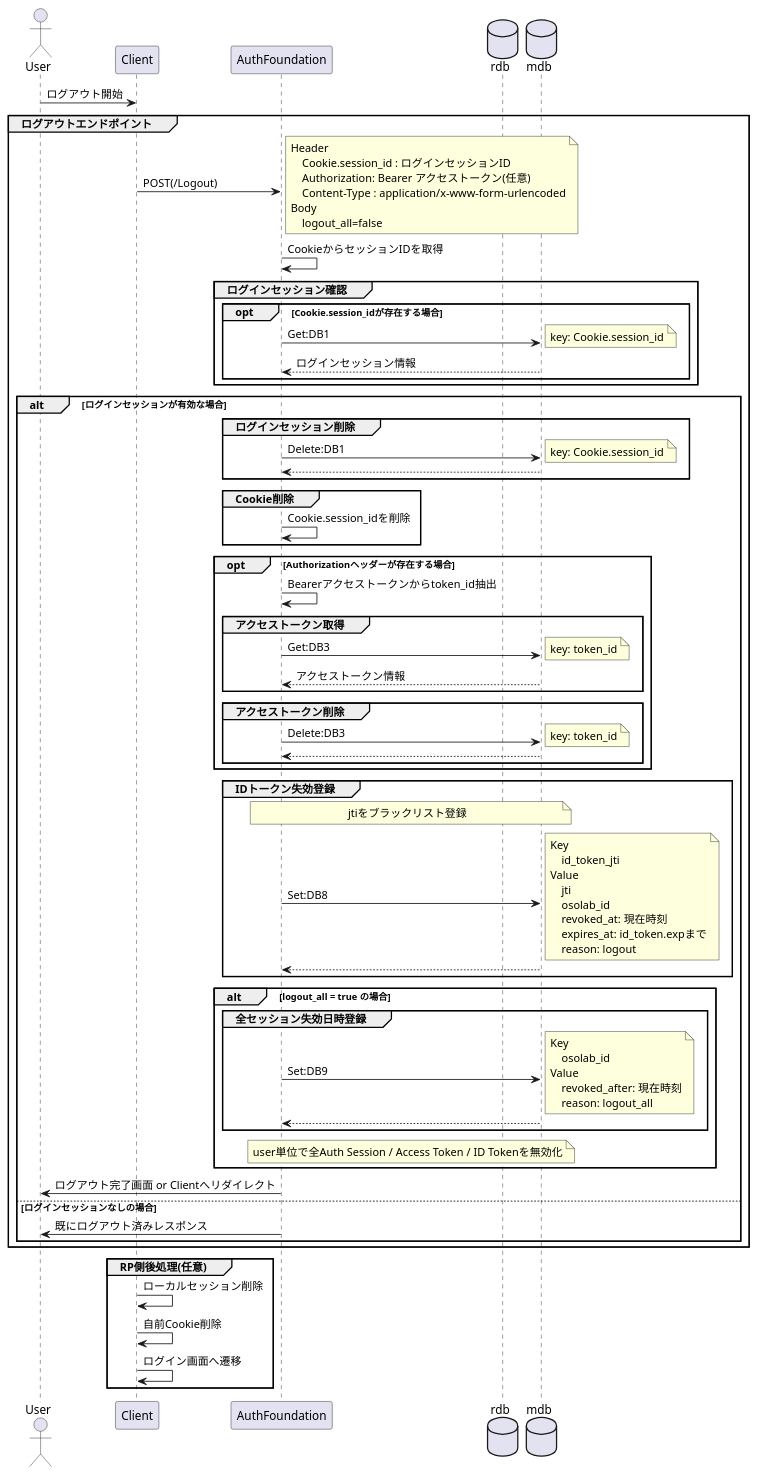
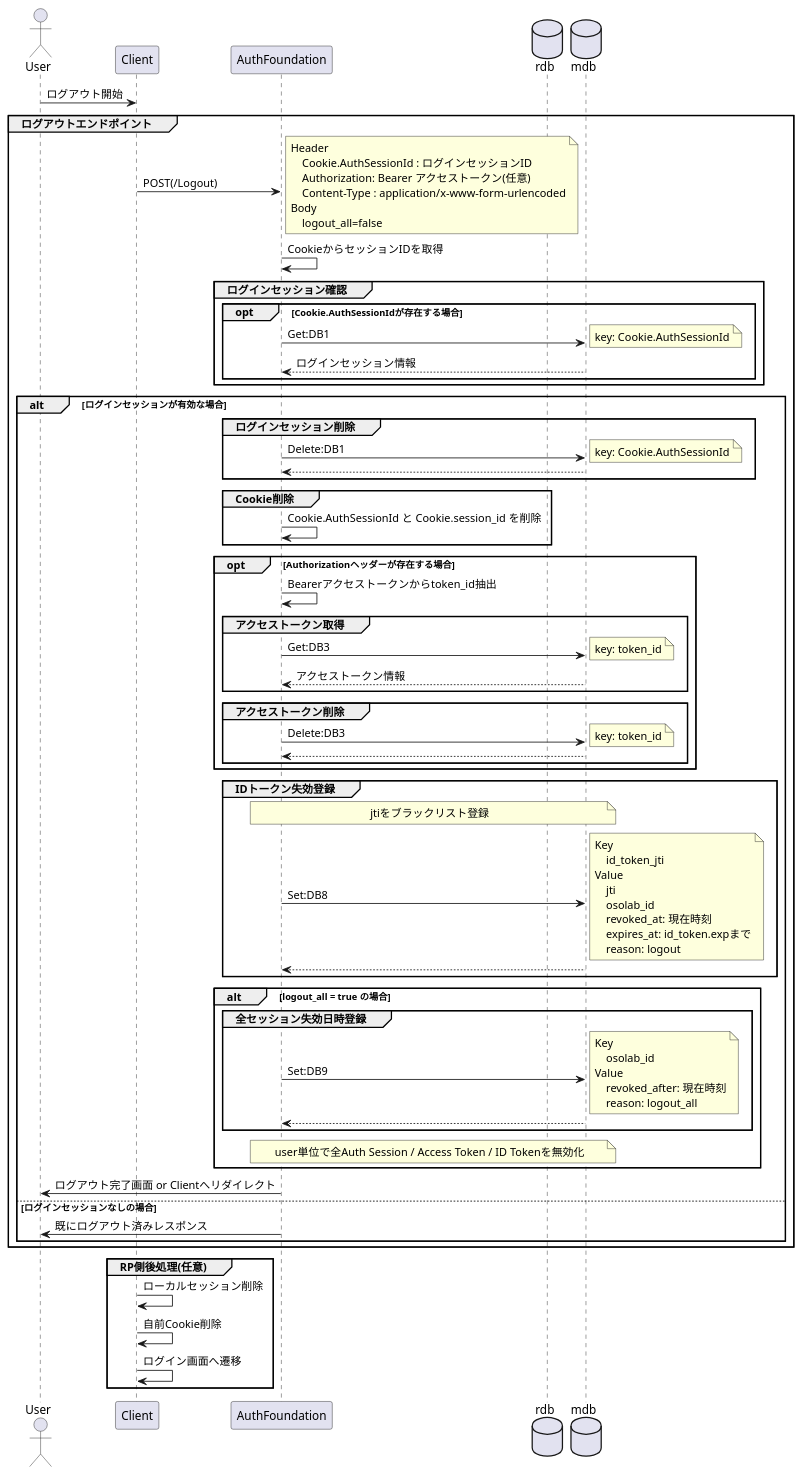
One commit to OsolabAuth/AuthDoc changed the diagram in Architecture/AuthFlow/SignOut.md. Above: the diagram before and after it, drawn with PlantUML. The commit also changed 18 other files, not shown here.

```diff
--- a/Architecture/AuthFlow/SignOut.md
+++ b/Architecture/AuthFlow/SignOut.md
@@ -19,7 +19,7 @@
     Client -> auth : POST(/Logout)
     note right
         Header
-            Cookie.session_id : ログインセッションID
+            Cookie.AuthSessionId : ログインセッションID
             Authorization: Bearer アクセストークン(任意)
             Content-Type : application/x-www-form-urlencoded
         Body
@@ -29,10 +29,10 @@
     auth -> auth : CookieからセッションIDを取得
 
     group ログインセッション確認
-        opt Cookie.session_idが存在する場合
+        opt Cookie.AuthSessionIdが存在する場合
             auth -> mdb : Get:DB1
             note right
-                key: Cookie.session_id
+                key: Cookie.AuthSessionId
             end note
             auth <-- mdb : ログインセッション情報
         end
@@ -43,13 +43,13 @@
         group ログインセッション削除
             auth -> mdb : Delete:DB1
             note right
-                key: Cookie.session_id
+                key: Cookie.AuthSessionId
             end note
             auth <-- mdb
         end
 
         group Cookie削除
-            auth -> auth : Cookie.session_idを削除
+            auth -> auth : Cookie.AuthSessionId と Cookie.session_id を削除
         end
 
         opt Authorizationヘッダーが存在する場合
```
